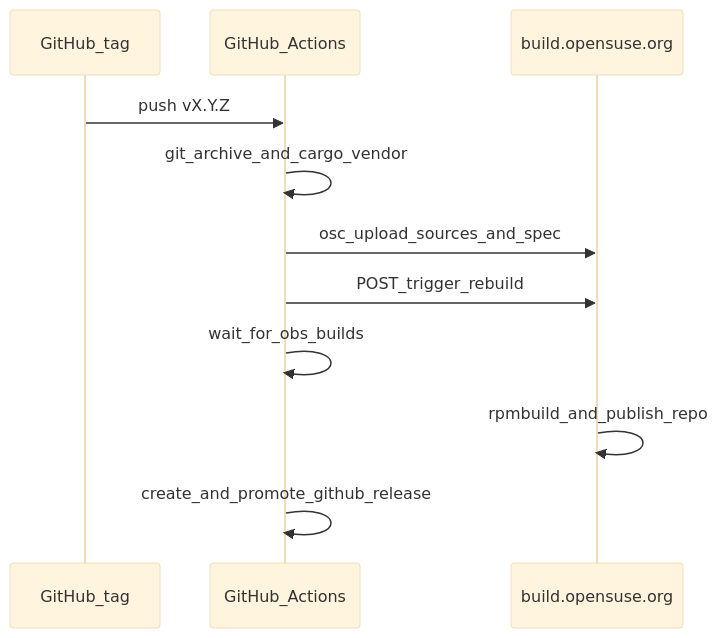
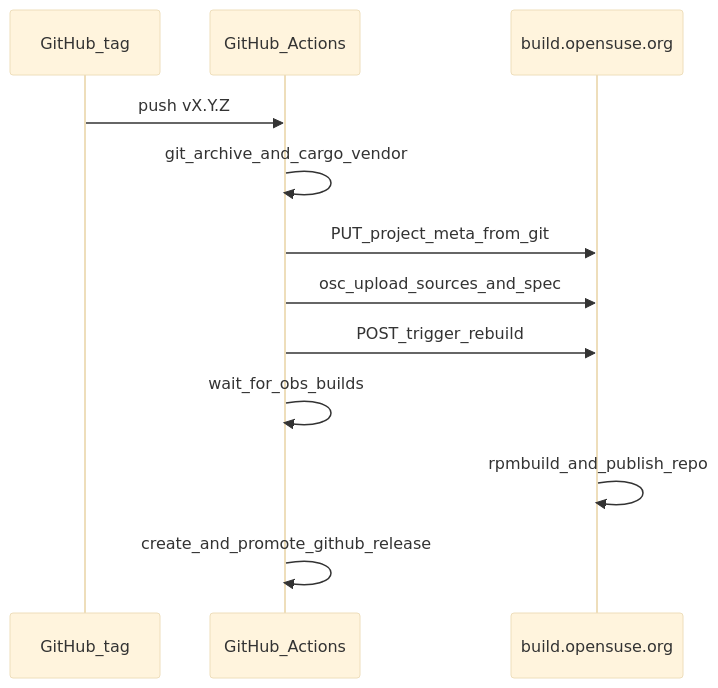
The diagram in packaging/obs/README.md (verilyze/verilyze), drawn with Mermaid (base theme) before and after one commit. The commit also changed other lines of this file and 17 other files, not shown here.

First line of the commit message:
build: make git SSOT for OBS metadata

````diff
--- a/packaging/obs/README.md
+++ b/packaging/obs/README.md
@@ -19,13 +19,14 @@
 ```mermaid
 sequenceDiagram
   participant Tag as GitHub_tag
   participant GA as GitHub_Actions
   participant OBS as build.opensuse.org
   Tag->>GA: push vX.Y.Z
   GA->>GA: git_archive_and_cargo_vendor
+  GA->>OBS: PUT_project_meta_from_git
   GA->>OBS: osc_upload_sources_and_spec
   GA->>OBS: POST_trigger_rebuild
   GA->>GA: wait_for_obs_builds
   OBS->>OBS: rpmbuild_and_publish_repo
   GA->>GA: create_and_promote_github_release
 ```
````
